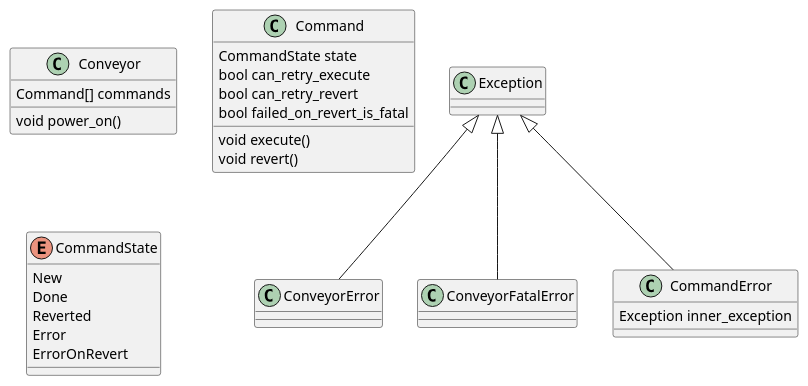
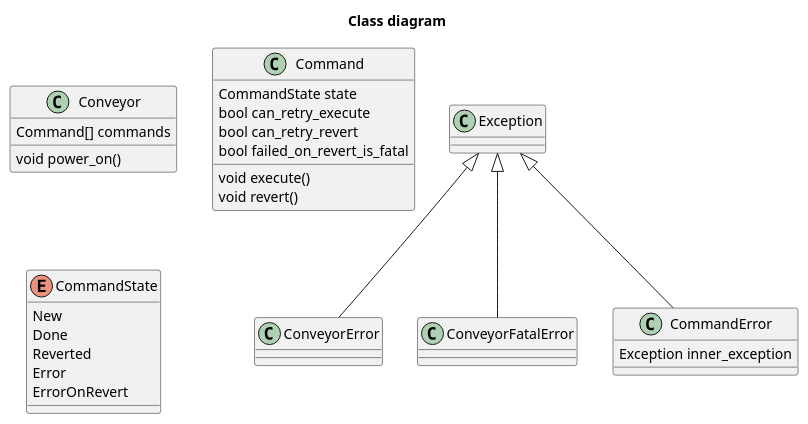
One commit to nikitamarchenko/tooyakoh changed the diagram in doc/commands.puml. Above: the diagram before and after it, drawn with PlantUML. The commit also changed 5 other files, not shown here.

Commit message:
add title for diagrams add rpc test for vkostenko add req.txt

```diff
--- a/doc/commands.puml
+++ b/doc/commands.puml
@@ -1,40 +1,42 @@
 @startuml
+
+title Class diagram
 
 class Conveyor {
     Command[] commands
     void power_on()
 }
 
 class Command {
   CommandState state
   void execute()
   void revert()
   bool can_retry_execute
   bool can_retry_revert
   bool failed_on_revert_is_fatal
 }
 
 enum CommandState {
     New
     Done
     Reverted
     Error
     ErrorOnRevert
 }
 
 class ConveyorError {
 }
 
 class ConveyorFatalError{
 }
 
 class CommandError{
     Exception inner_exception
 }
 
 Exception <|-- ConveyorError
 Exception <|-- ConveyorFatalError
 Exception <|-- CommandError
 
 
 @enduml
```
